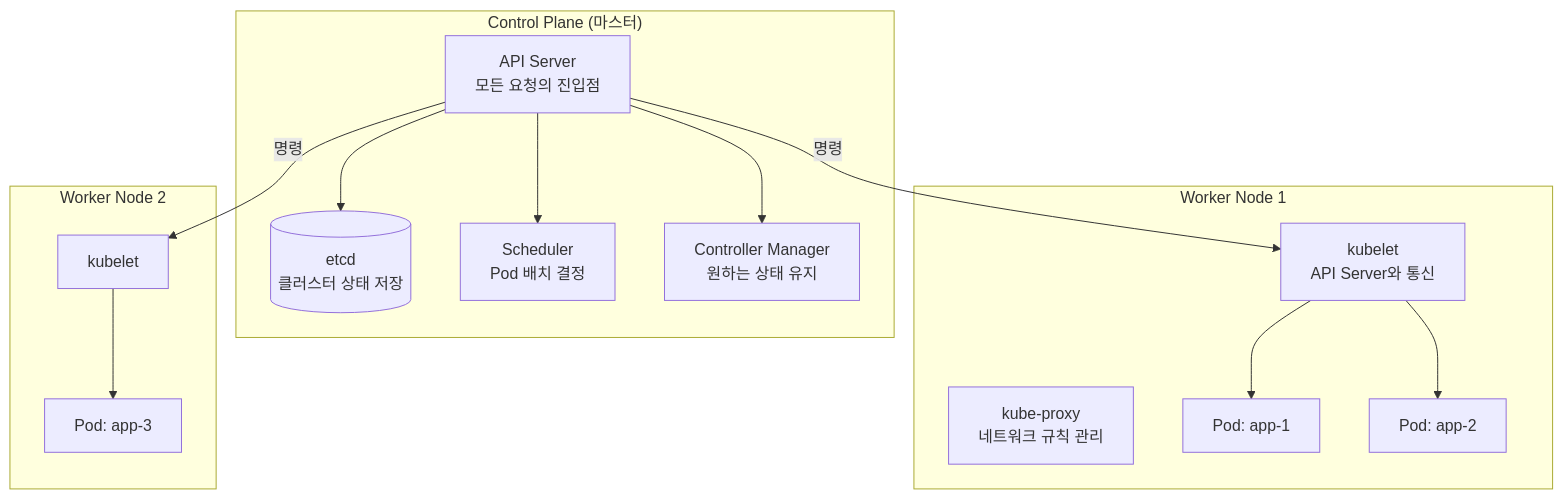
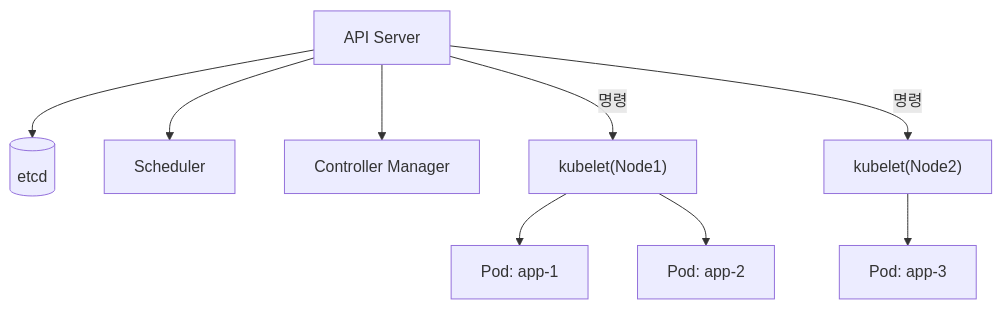
The first of 2 diagrams in _posts/cloud/2026-05-01-kubernetes.md (yjkim2015/yjkim2015.github.io), drawn with Mermaid before and after one commit. The commit also changed 215 other files, not shown here.

First line of the commit message:
신규 포스트 10개 추가 + Mermaid 전면 축소 + SystemDesign 시리즈 보강

````diff
--- a/_posts/cloud/2026-05-01-kubernetes.md
+++ b/_posts/cloud/2026-05-01-kubernetes.md
@@ -21,30 +21,11 @@
 ```mermaid
 graph TD
-    subgraph "Control Plane (마스터)"
-        API["API Server\n모든 요청의 진입점"]
-        ETCD[("etcd\n클러스터 상태 저장")]
-        SCHED["Scheduler\nPod 배치 결정"]
-        CM["Controller Manager\n원하는 상태 유지"]
-        API --> ETCD
-        API --> SCHED
-        API --> CM
-    end
-
-    subgraph "Worker Node 1"
-        KL1["kubelet\nAPI Server와 통신"]
-        KP1["kube-proxy\n네트워크 규칙 관리"]
-        C1["Pod: app-1"]
-        C2["Pod: app-2"]
-        KL1 --> C1
-        KL1 --> C2
-    end
-
-    subgraph "Worker Node 2"
-        KL2["kubelet"]
-        C3["Pod: app-3"]
-        KL2 --> C3
-    end
-
+    API["API Server"] --> ETCD[("etcd")]
+    API --> SCHED["Scheduler"]
+    API --> CM["Controller Manager"]
+    KL1["kubelet(Node1)"] --> C1["Pod: app-1"]
+    KL1 --> C2["Pod: app-2"]
+    KL2["kubelet(Node2)"] --> C3["Pod: app-3"]
     API -->|"명령"| KL1
     API -->|"명령"| KL2
 ```
````
